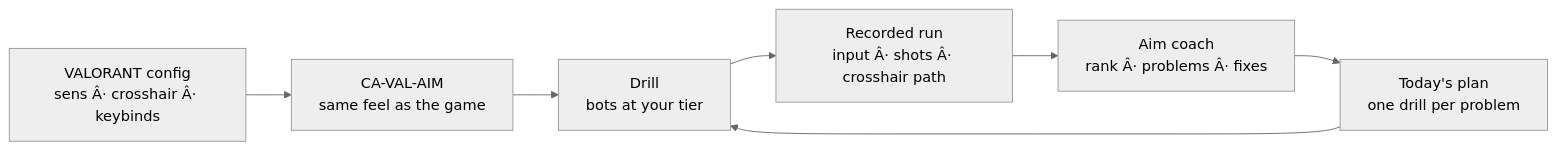
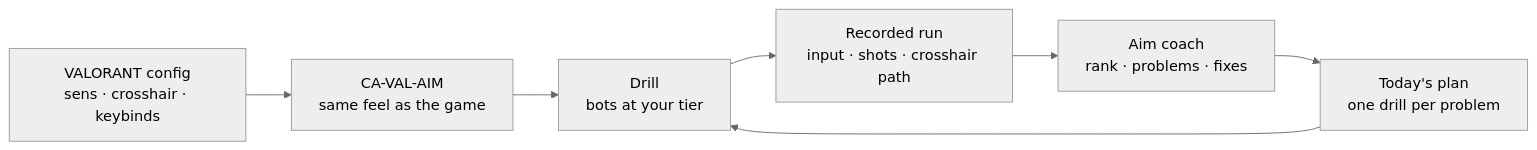
The second of 2 diagrams in README.md (Pyromesis/CA-VAL-AIM), drawn with Mermaid (neutral theme) before and after one commit. The commit also changed other lines of this file, not shown here.

````diff
--- a/README.md
+++ b/README.md
@@ -240,9 +240,9 @@
 ```mermaid
 flowchart LR
-    V["VALORANT config<br/>sens Â· crosshair Â· keybinds"] --> A["CA-VAL-AIM<br/>same feel as the game"]
+    V["VALORANT config<br/>sens · crosshair · keybinds"] --> A["CA-VAL-AIM<br/>same feel as the game"]
     A --> D["Drill<br/>bots at your tier"]
-    D --> T["Recorded run<br/>input Â· shots Â· crosshair path"]
-    T --> C["Aim coach<br/>rank Â· problems Â· fixes"]
+    D --> T["Recorded run<br/>input · shots · crosshair path"]
+    T --> C["Aim coach<br/>rank · problems · fixes"]
     C --> P["Today's plan<br/>one drill per problem"]
     P --> D
 ```
````
